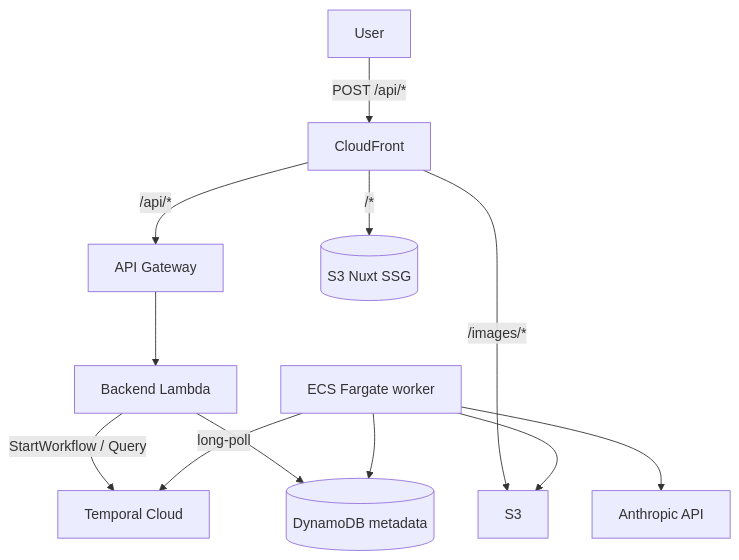
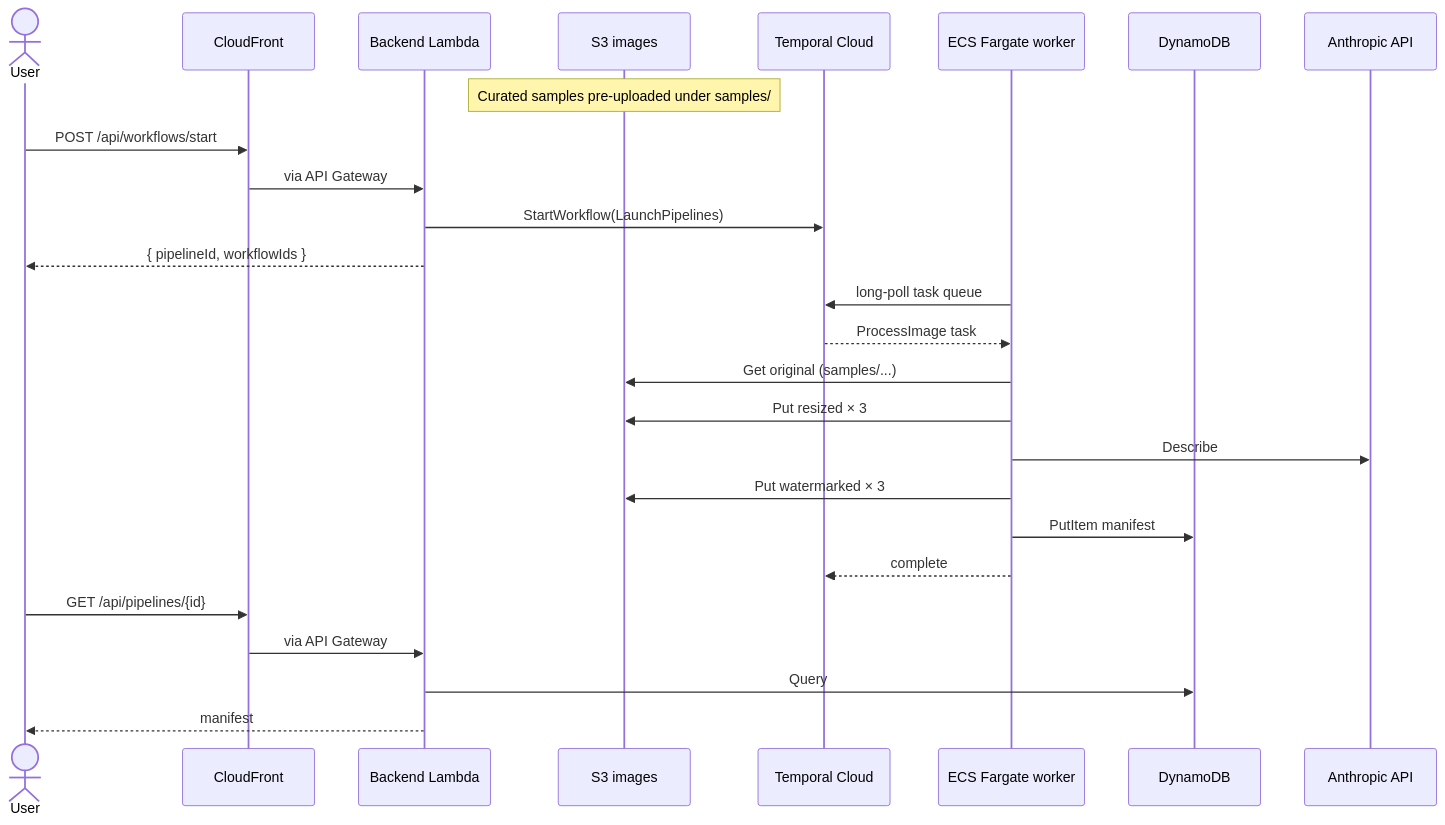
The second of 4 diagrams in README.md (alexandreroman/aws-image-processing-demo), drawn with Mermaid before and after one commit. The commit also changed other lines of this file and 3 other files, not shown here.

````diff
--- a/README.md
+++ b/README.md
@@ -206,14 +271,32 @@
 ```mermaid
-graph TD
-    User -->|POST /api/*| CF[CloudFront]
-    CF -->|/api/*| APIGW[API Gateway]
-    APIGW --> BE[Backend Lambda]
-    CF -->|/images/*| S3
-    CF -->|/*| FE[(S3 Nuxt SSG)]
-    BE -->|StartWorkflow / Query| TC[Temporal Cloud]
-    BE --> DDB[(DynamoDB metadata)]
-    Worker[ECS Fargate worker] -->|long-poll| TC
-    Worker --> S3
-    Worker --> DDB
-    Worker --> Anthropic[Anthropic API]
+sequenceDiagram
+    actor User
+    participant CF as CloudFront
+    participant BE as Backend Lambda
+    participant S3 as S3 images
+    participant TC as Temporal Cloud
+    participant W as ECS Fargate worker
+    participant DDB as DynamoDB
+    participant AI as Anthropic API
+
+    Note over S3: Curated samples pre-uploaded under samples/
+
+    User->>CF: POST /api/workflows/start
+    CF->>BE: via API Gateway
+    BE->>TC: StartWorkflow(LaunchPipelines)
+    BE-->>User: { pipelineId, workflowIds }
+
+    W->>TC: long-poll task queue
+    TC-->>W: ProcessImage task
+    W->>S3: Get original (samples/...)
+    W->>S3: Put resized × 3
+    W->>AI: Describe
+    W->>S3: Put watermarked × 3
+    W->>DDB: PutItem manifest
+    W-->>TC: complete
+
+    User->>CF: GET /api/pipelines/{id}
+    CF->>BE: via API Gateway
+    BE->>DDB: Query
+    BE-->>User: manifest
 ```
````
